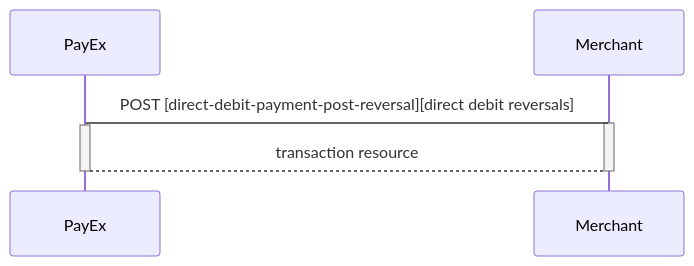
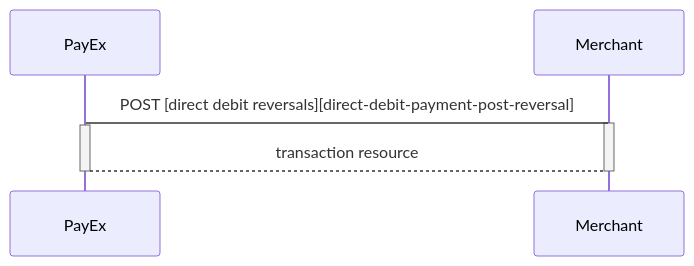
Before and after one commit to SwedbankPay/developer.swedbankpay.com: the second of 3 diagrams in payments/direct-debit/payments.md, drawn with Mermaid. The commit also changed other lines of this file and 6 other files, not shown here.

Commit message:
dx-119 updated links and diagrams in invoice file

````diff
--- a/payments/direct-debit/payments.md
+++ b/payments/direct-debit/payments.md
@@ -121,10 +121,10 @@
 ```mermaid
 sequenceDiagram
   Participant PayEx
-  Merchant->PayEx: POST [direct-debit-payment-post-reversal][direct debit reversals]
+  Merchant->PayEx: POST [direct debit reversals][direct-debit-payment-post-reversal]
   Activate Merchant
   Activate PayEx
   PayEx-->Merchant: transaction resource
   Deactivate PayEx
   Deactivate Merchant
 ```
````
